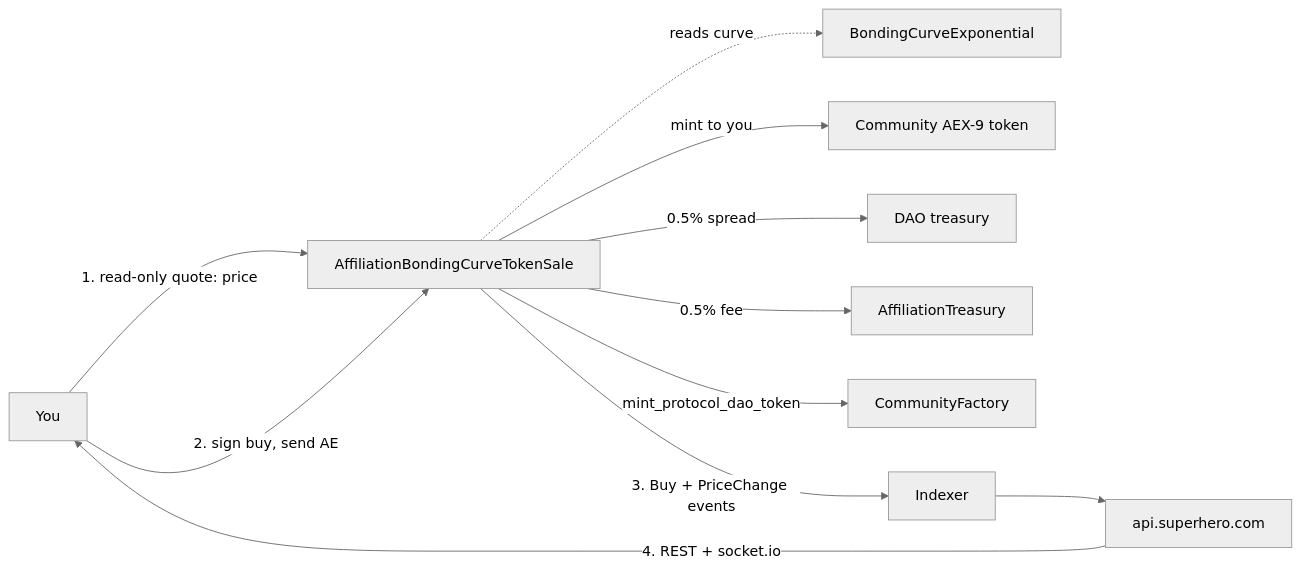
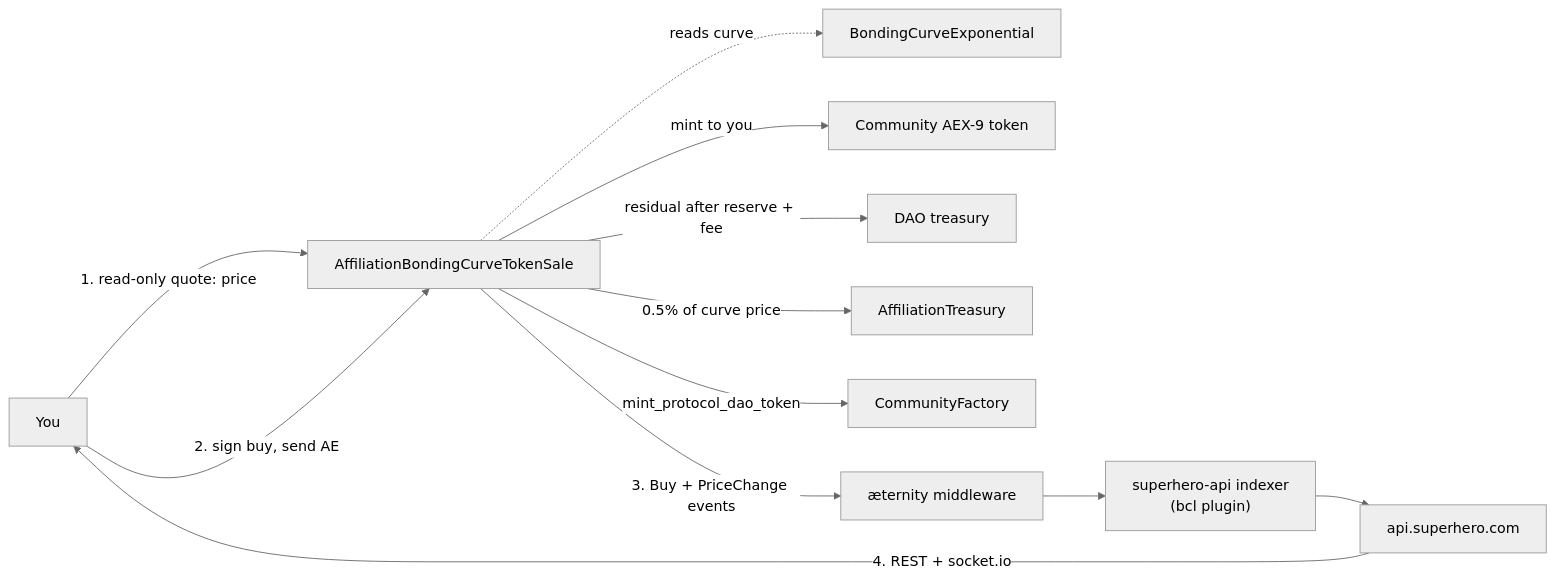
One commit to Jeanclaudeaoun/superhero-developer changed the second of 2 diagrams in pages/concepts/architecture.mdx. Above: the diagram before and after it, drawn with Mermaid (neutral theme). The commit also changed other lines of this file and 85 other files, not shown here.

````diff
--- a/pages/concepts/architecture.mdx
+++ b/pages/concepts/architecture.mdx
@@ -91,13 +125,14 @@
 ```mermaid
 flowchart LR
   U["You"] -->|"1. read-only quote: price"| S["AffiliationBondingCurveTokenSale"]
   S -.->|"reads curve"| BC["BondingCurveExponential"]
   U -->|"2. sign buy, send AE"| S
   S -->|"mint to you"| TK["Community AEX-9 token"]
-  S -->|"0.5% spread"| DAO["DAO treasury"]
-  S -->|"0.5% fee"| AT["AffiliationTreasury"]
+  S -->|"residual after reserve + fee"| DAO["DAO treasury"]
+  S -->|"0.5% of curve price"| AT["AffiliationTreasury"]
   S -->|"mint_protocol_dao_token"| F["CommunityFactory"]
-  S -->|"3. Buy + PriceChange events"| IX["Indexer"]
+  S -->|"3. Buy + PriceChange events"| MW["æternity middleware"]
+  MW --> IX["superhero-api indexer<br/>(bcl plugin)"]
   IX --> API["api.superhero.com"]
   API -->|"4. REST + socket.io"| U
 ```
````
